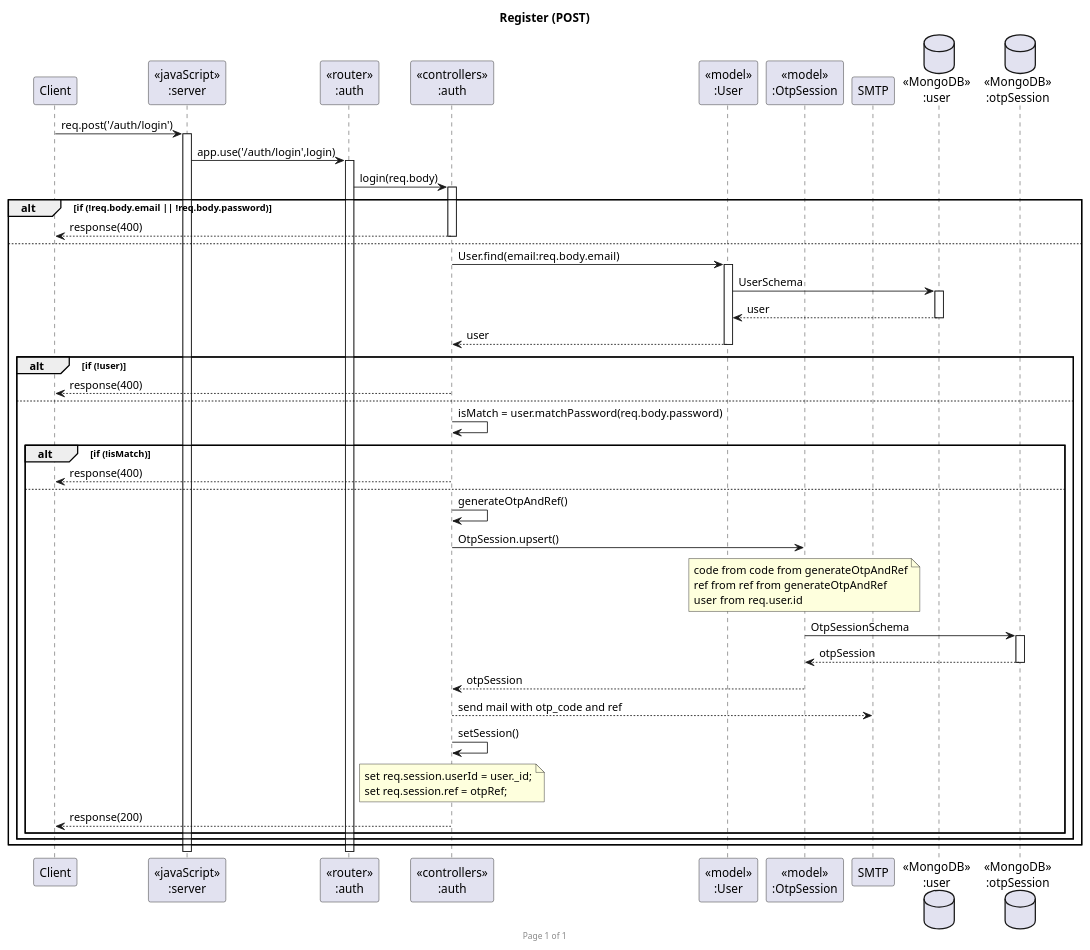
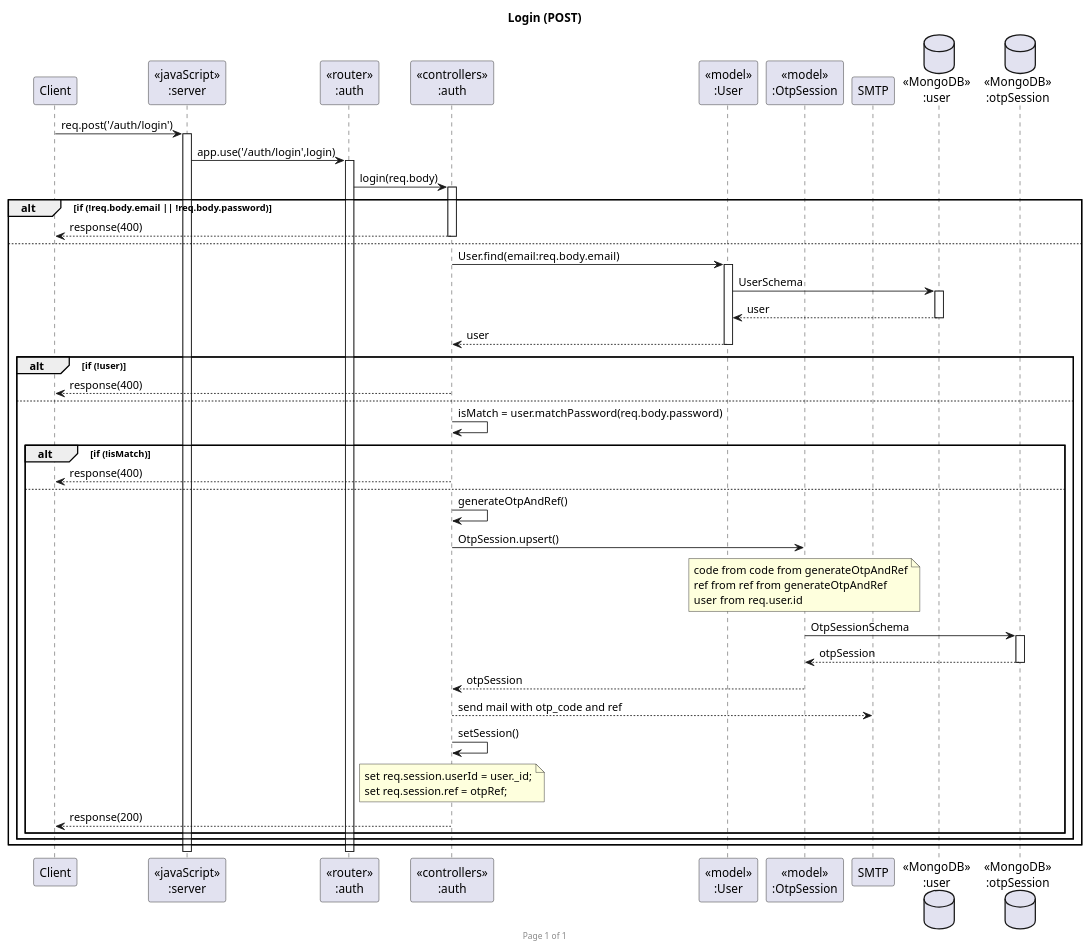
The diagram in sequence_diagram/auth/POST_Login_Sequence.puml (neroswords/Sw-Dev-Practice-Final-Project), drawn with PlantUML before and after one commit. The commit also changed 1 other file, not shown here.

Commit message:
fix sequence

```diff
--- a/sequence_diagram/auth/POST_Login_Sequence.puml
+++ b/sequence_diagram/auth/POST_Login_Sequence.puml
@@ -1,58 +1,58 @@
-@startuml Register (POST)
+@startuml Login (POST)
 
 footer Page %page% of %lastpage%
-title "Register (POST)"
+title "Login (POST)"
 
 participant "Client" as client
 participant "<<javaScript>>\n:server" as server
 participant "<<router>>\n:auth" as AuthRouter
 participant "<<controllers>>\n:auth" as AuthController
 participant "<<model>>\n:User" as UserModel
 participant "<<model>>\n:OtpSession" as OtpSessionModel
 participant "SMTP" as SMTP
 
 database "<<MongoDB>>\n:user" as UserDatabase
 database "<<MongoDB>>\n:otpSession" as OtpSessionDatabase
 
 client->server ++:req.post('/auth/login')
 server->AuthRouter ++:app.use('/auth/login',login)
 AuthRouter -> AuthController ++: login(req.body)
 alt if (!req.body.email || !req.body.password)
 AuthController-->client --:response(400)
 else
 
 AuthController->UserModel ++: User.find(email:req.body.email)
 UserModel ->UserDatabase ++: UserSchema
 UserDatabase --> UserModel --: user
 AuthController <-- UserModel --:user
 alt if (!user)
 AuthController-->client --:response(400)
 else
 AuthController->AuthController : isMatch = user.matchPassword(req.body.password)
 alt if (!isMatch)
 AuthController-->client --:response(400)
 else
 AuthController->AuthController : generateOtpAndRef()
 AuthController->OtpSessionModel : OtpSession.upsert()
 note over OtpSessionModel
 code from code from generateOtpAndRef
 ref from ref from generateOtpAndRef
 user from req.user.id
 end note
 OtpSessionModel ->OtpSessionDatabase ++: OtpSessionSchema
 OtpSessionDatabase --> OtpSessionModel --: otpSession
 AuthController <-- OtpSessionModel --:otpSession
 AuthController -->SMTP : send mail with otp_code and ref
 AuthController->AuthController : setSession()
 note over AuthController
 set req.session.userId = user._id;
 set req.session.ref = otpRef;
 end note
 AuthController-->client --:response(200)
 end
 end
 end
 
 
 
 @enduml
```
